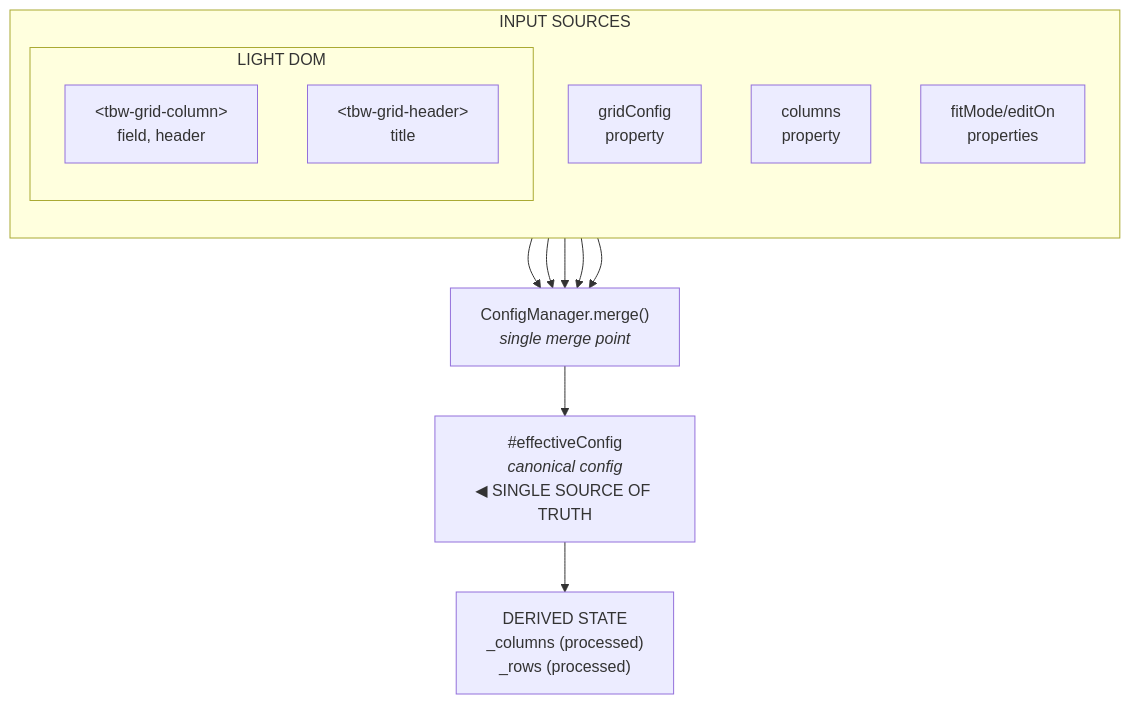
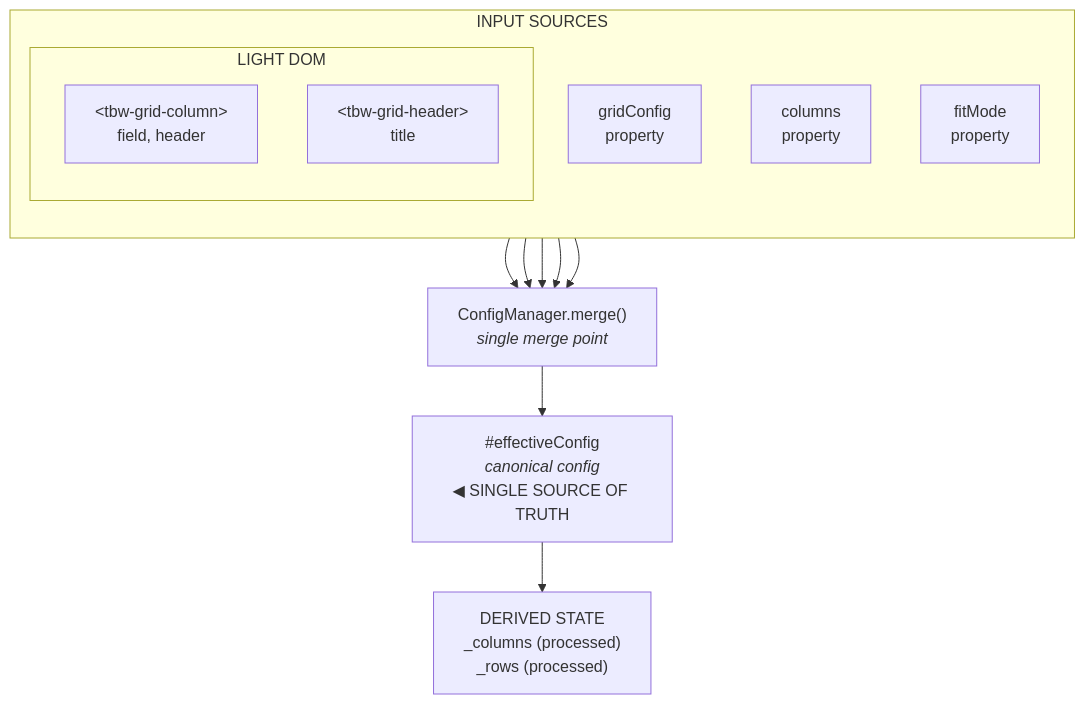
Before and after one commit to OysteinAmundsen/toolbox: the first of 4 diagrams in libs/grid/ARCHITECTURE.md, drawn with Mermaid. The commit also changed other lines of this file and 6 other files, not shown here.

````diff
--- a/libs/grid/ARCHITECTURE.md
+++ b/libs/grid/ARCHITECTURE.md
@@ -68,24 +68,24 @@
 ```mermaid
 flowchart TB
     subgraph inputs["INPUT SOURCES"]
         direction TB
         A["gridConfig<br/>property"]
         B["columns<br/>property"]
-        C["fitMode/editOn<br/>properties"]
+        C["fitMode<br/>property"]
 
         subgraph lightdom["LIGHT DOM"]
             D["&lt;tbw-grid-column&gt;<br/>field, header"]
             E["&lt;tbw-grid-header&gt;<br/>title"]
         end
     end
 
     A --> F
     B --> F
     C --> F
     D --> F
     E --> F
 
     F["ConfigManager.merge()<br/><i>single merge point</i>"]
     F --> G["#effectiveConfig<br/><i>canonical config</i><br/>◀ SINGLE SOURCE OF TRUTH"]
     G --> H["DERIVED STATE<br/>_columns (processed)<br/>_rows (processed)"]
 ```
````
